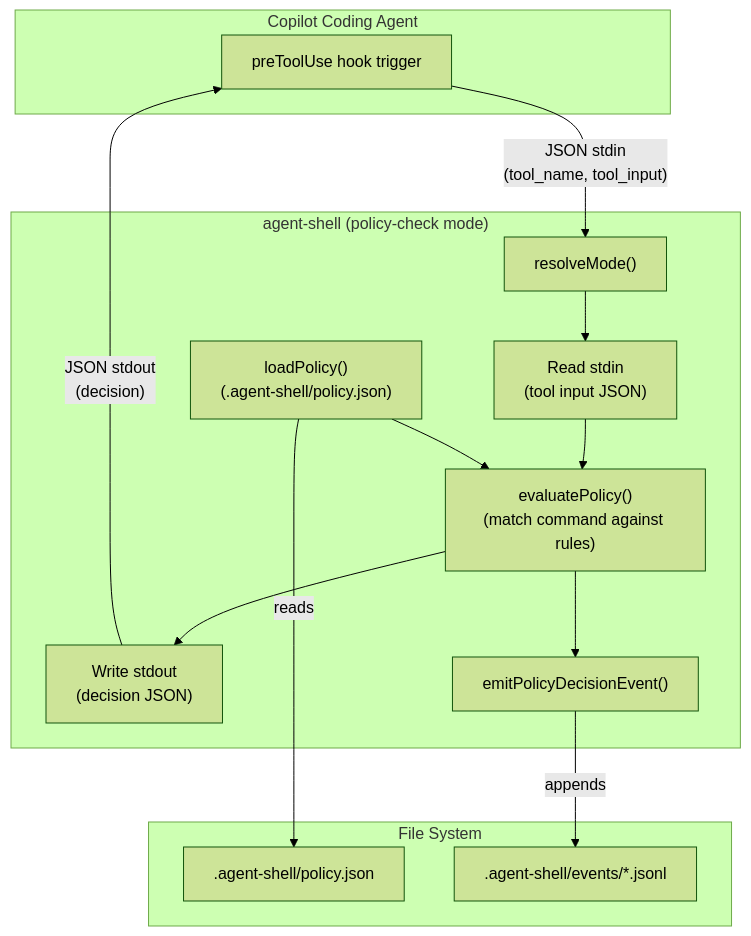
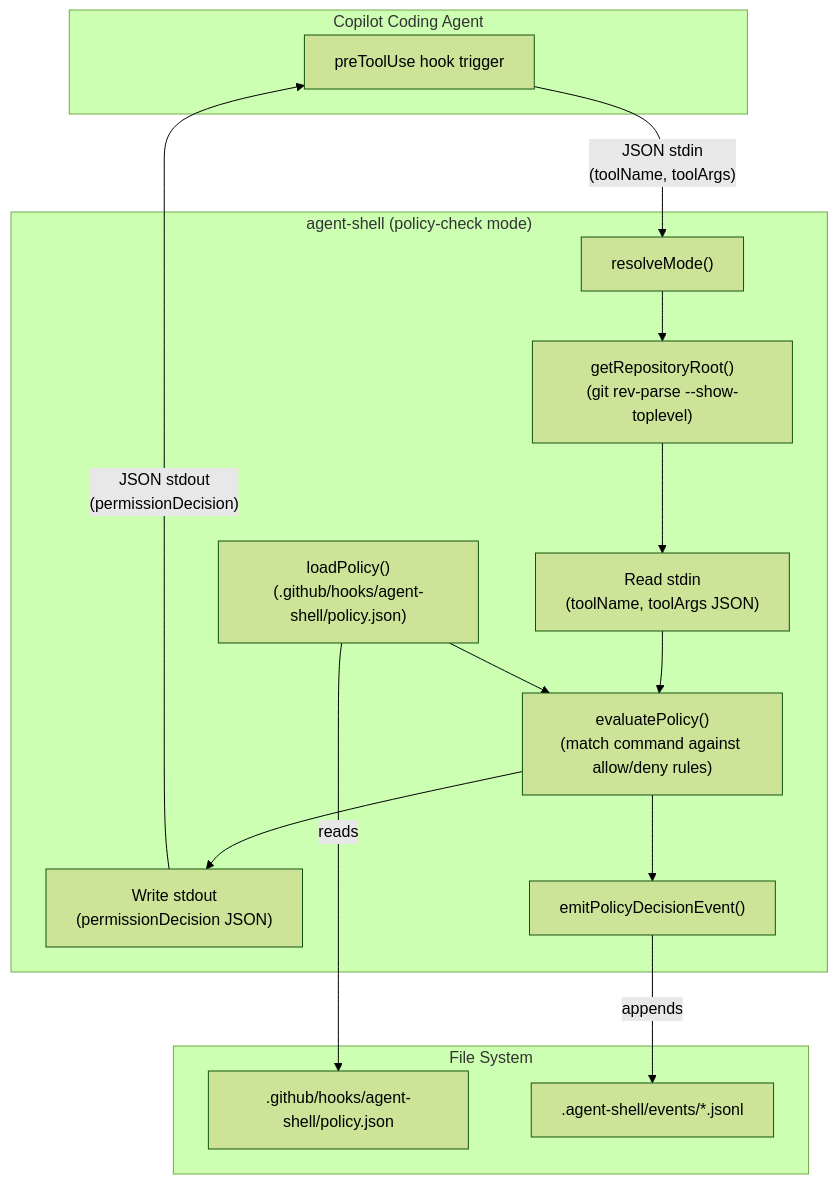
The first of 2 diagrams in .github/specs/agent-shell-pre-tool-use-hook.spec.md (zpratt/lousy-agents), drawn with Mermaid (forest theme) before and after one commit. The commit also changed other lines of this file, not shown here.

First line of the commit message:
docs: update preToolUse hook spec based on official documentation and user feedback

````diff
--- a/.github/specs/agent-shell-pre-tool-use-hook.spec.md
+++ b/.github/specs/agent-shell-pre-tool-use-hook.spec.md
@@ -182,28 +210,30 @@
 ```mermaid
 flowchart TB
     subgraph CopilotAgent["Copilot Coding Agent"]
         HOOK["preToolUse hook trigger"]
     end
     subgraph AgentShell["agent-shell (policy-check mode)"]
         MODE["resolveMode()"]
-        STDIN["Read stdin\n(tool input JSON)"]
-        POLICY["loadPolicy()\n(.agent-shell/policy.json)"]
-        EVAL["evaluatePolicy()\n(match command against rules)"]
-        STDOUT["Write stdout\n(decision JSON)"]
+        GIT["getRepositoryRoot()\n(git rev-parse --show-toplevel)"]
+        STDIN["Read stdin\n(toolName, toolArgs JSON)"]
+        POLICY["loadPolicy()\n(.github/hooks/agent-shell/policy.json)"]
+        EVAL["evaluatePolicy()\n(match command against allow/deny rules)"]
+        STDOUT["Write stdout\n(permissionDecision JSON)"]
         TEL["emitPolicyDecisionEvent()"]
     end
     subgraph FS["File System"]
-        PFILE[".agent-shell/policy.json"]
+        PFILE[".github/hooks/agent-shell/policy.json"]
         EVENTS[".agent-shell/events/*.jsonl"]
     end
 
-    HOOK -->|"JSON stdin\n(tool_name, tool_input)"| MODE
-    MODE --> STDIN
+    HOOK -->|"JSON stdin\n(toolName, toolArgs)"| MODE
+    MODE --> GIT
+    GIT --> STDIN
     STDIN --> EVAL
     POLICY -->|"reads"| PFILE
     POLICY --> EVAL
     EVAL --> STDOUT
     EVAL --> TEL
     TEL -->|"appends"| EVENTS
-    STDOUT -->|"JSON stdout\n(decision)"| HOOK
+    STDOUT -->|"JSON stdout\n(permissionDecision)"| HOOK
 ```
````
